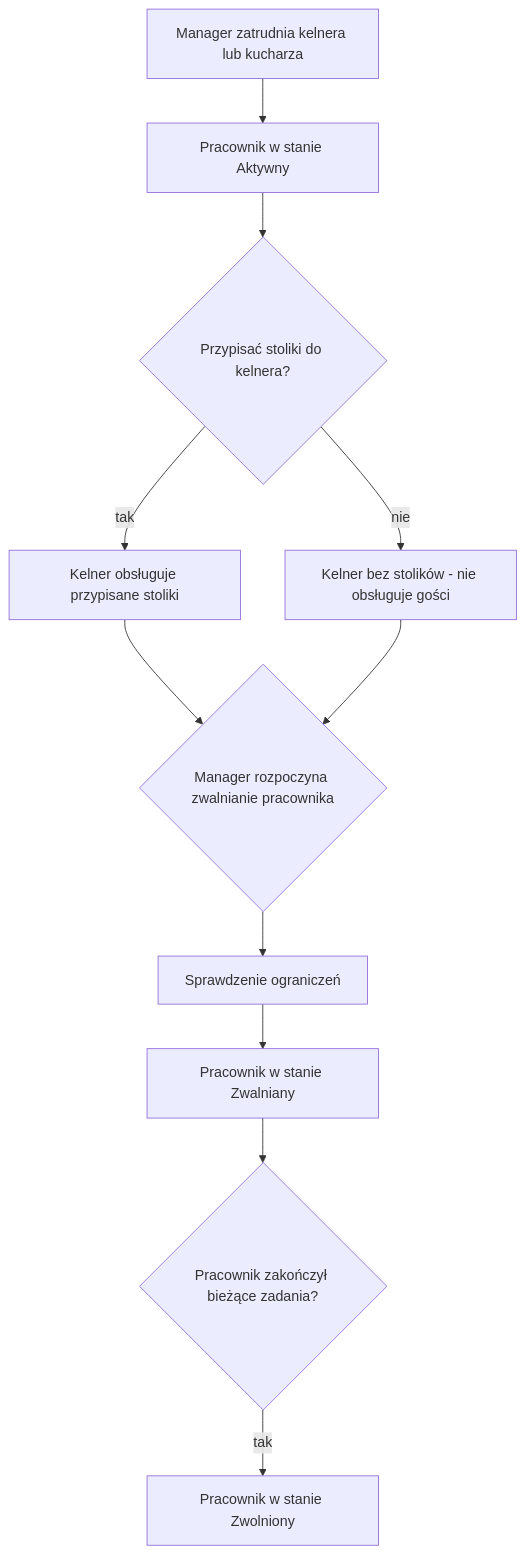
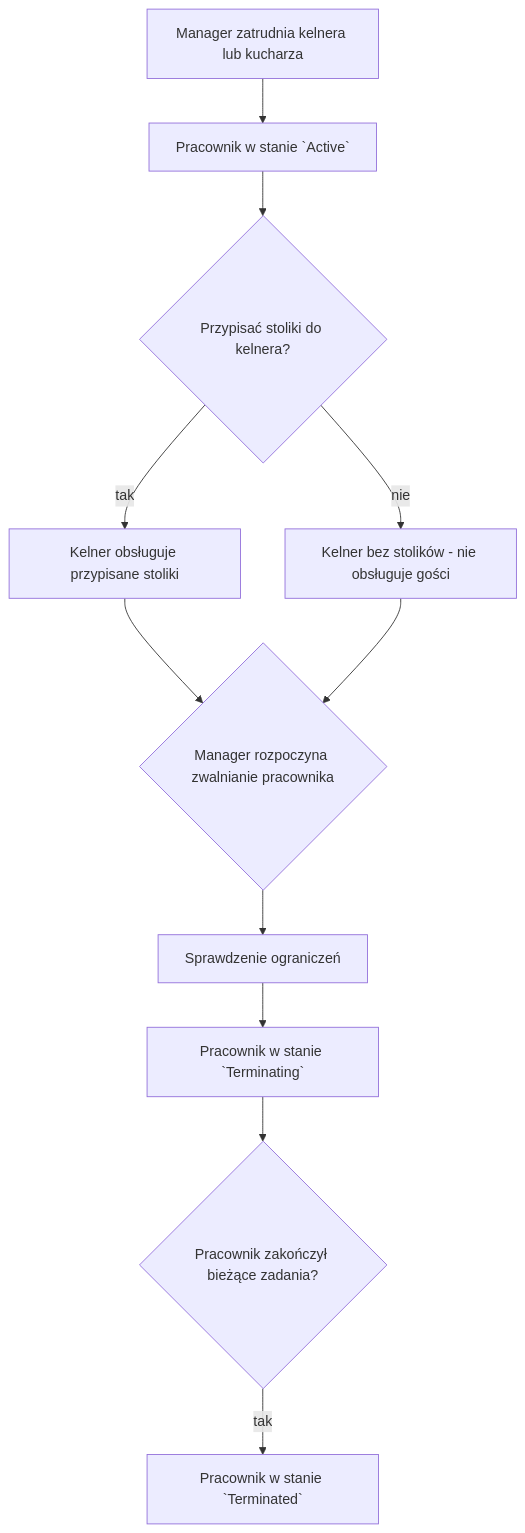
One commit to mmalessa/pizzeria changed the diagram in doc/254_staff_management.md. Above: the diagram before and after it, drawn with Mermaid. The commit also changed other lines of this file and 16 other files, not shown here.

````diff
--- a/doc/254_staff_management.md
+++ b/doc/254_staff_management.md
@@ -28,15 +28,15 @@
 ```mermaid
 flowchart TD
 
 A[Manager zatrudnia kelnera lub kucharza]
---> B[Pracownik w stanie Aktywny]
+--> B[Pracownik w stanie `Active`]
 B --> C{Przypisać stoliki do kelnera?}
 C -->|tak| D[Kelner obsługuje przypisane stoliki]
 C -->|nie| E[Kelner bez stolików - nie obsługuje gości]
 D --> F{Manager rozpoczyna zwalnianie pracownika}
 E --> F
 F --> G[Sprawdzenie ograniczeń]
-G --> H[Pracownik w stanie Zwalniany]
+G --> H[Pracownik w stanie `Terminating`]
 H --> I{Pracownik zakończył bieżące zadania?}
-I -->|tak| J[Pracownik w stanie Zwolniony]
+I -->|tak| J[Pracownik w stanie `Terminated`]
 ```
````
